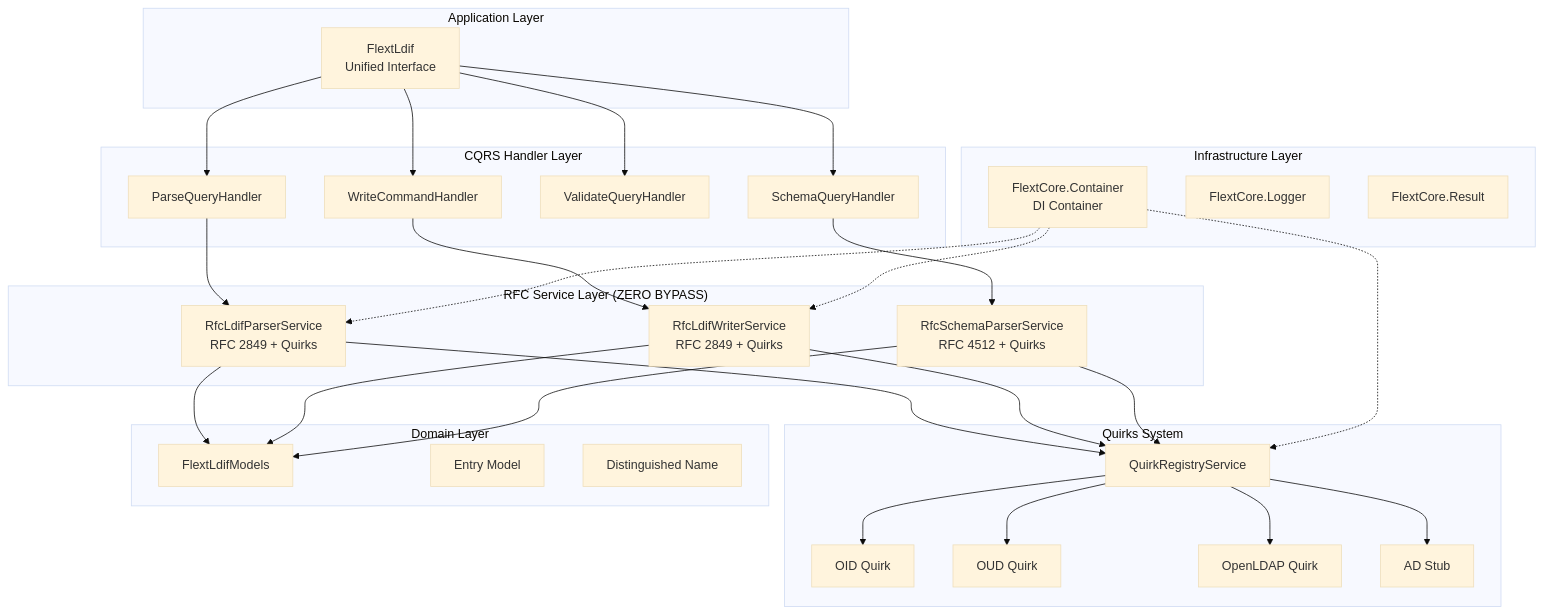
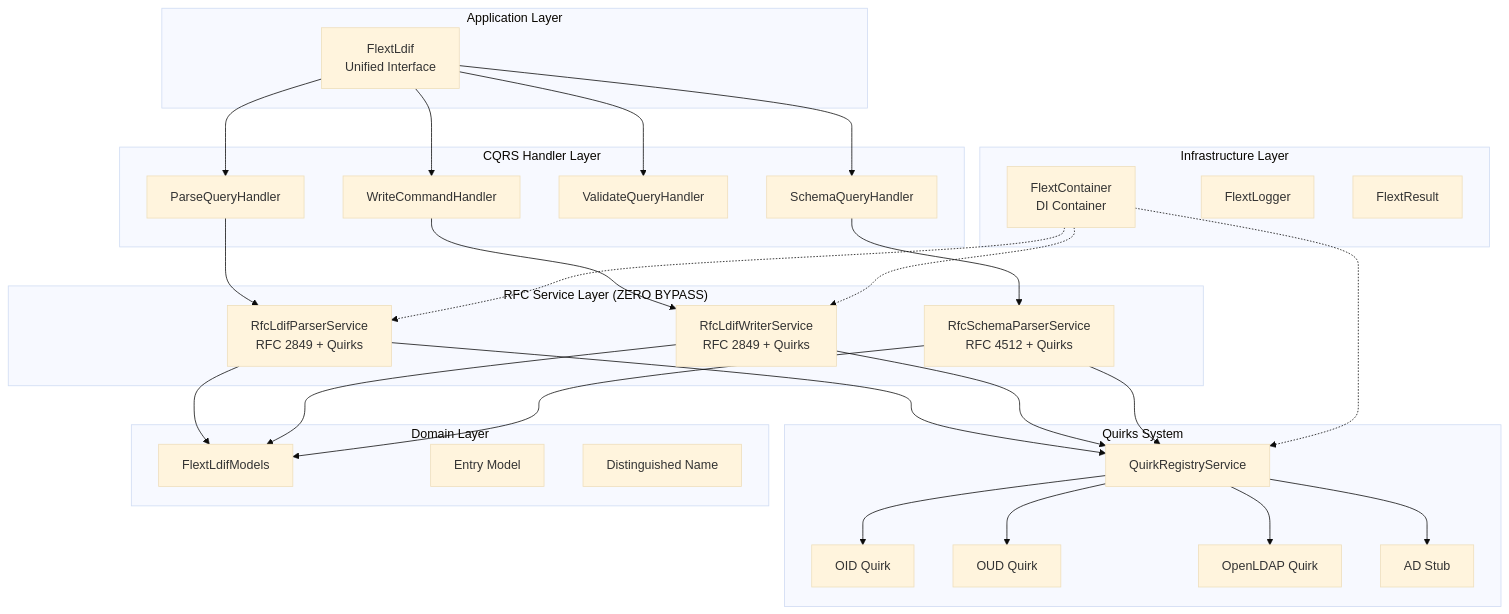
One commit to flext-sh/flext-ldif changed the first of 4 diagrams in docs/architecture.md. Above: the diagram before and after it, drawn with Mermaid (base theme). The commit also changed other lines of this file and 153 other files, not shown here.

````diff
--- a/docs/architecture.md
+++ b/docs/architecture.md
@@ -114,65 +114,65 @@
 ```mermaid
 graph TB
     subgraph "Application Layer"
         API[FlextLdif<br/>Unified Interface]
     end
 
     subgraph "CQRS Handler Layer"
         ParseHandler[ParseQueryHandler]
         WriteHandler[WriteCommandHandler]
         ValidateHandler[ValidateQueryHandler]
         SchemaHandler[SchemaQueryHandler]
     end
 
     subgraph "RFC Service Layer (ZERO BYPASS)"
         RfcParser[RfcLdifParserService<br/>RFC 2849 + Quirks]
         RfcWriter[RfcLdifWriterService<br/>RFC 2849 + Quirks]
         RfcSchemaParser[RfcSchemaParserService<br/>RFC 4512 + Quirks]
     end
 
     subgraph "Quirks System"
         Registry[QuirkRegistryService]
         OIDQuirk[OID Quirk]
         OUDQuirk[OUD Quirk]
         OpenLDAPQuirk[OpenLDAP Quirk]
         ADStub[AD Stub]
     end
 
     subgraph "Domain Layer"
         Models[FlextLdifModels]
         Entry[Entry Model]
         DN[Distinguished Name]
     end
 
     subgraph "Infrastructure Layer"
-        Container[FlextCore.Container<br/>DI Container]
-        Logger[FlextCore.Logger]
-        Result[FlextCore.Result]
+        Container[FlextContainer<br/>DI Container]
+        Logger[FlextLogger]
+        Result[FlextResult]
     end
 
     API --> ParseHandler
     API --> WriteHandler
     API --> ValidateHandler
     API --> SchemaHandler
 
     ParseHandler --> RfcParser
     WriteHandler --> RfcWriter
     SchemaHandler --> RfcSchemaParser
 
     RfcParser --> Registry
     RfcWriter --> Registry
     RfcSchemaParser --> Registry
 
     Registry --> OIDQuirk
     Registry --> OUDQuirk
     Registry --> OpenLDAPQuirk
     Registry --> ADStub
 
     RfcParser --> Models
     RfcWriter --> Models
     RfcSchemaParser --> Models
 
     Container -.-> RfcParser
     Container -.-> RfcWriter
     Container -.-> Registry
 ```
````
